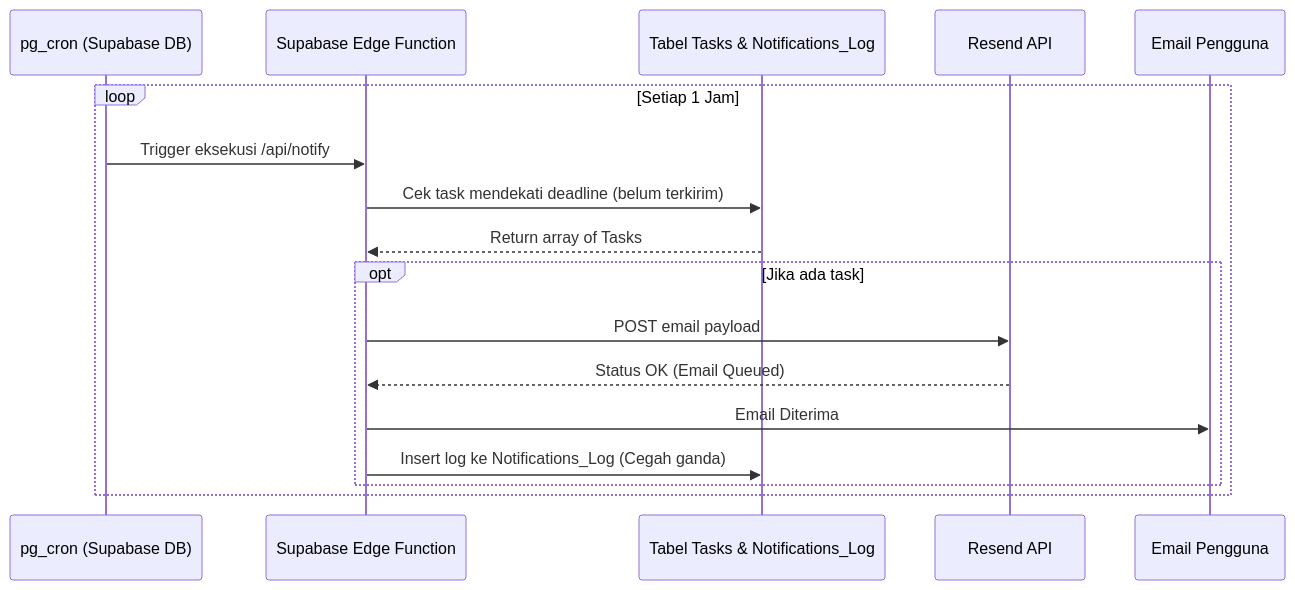
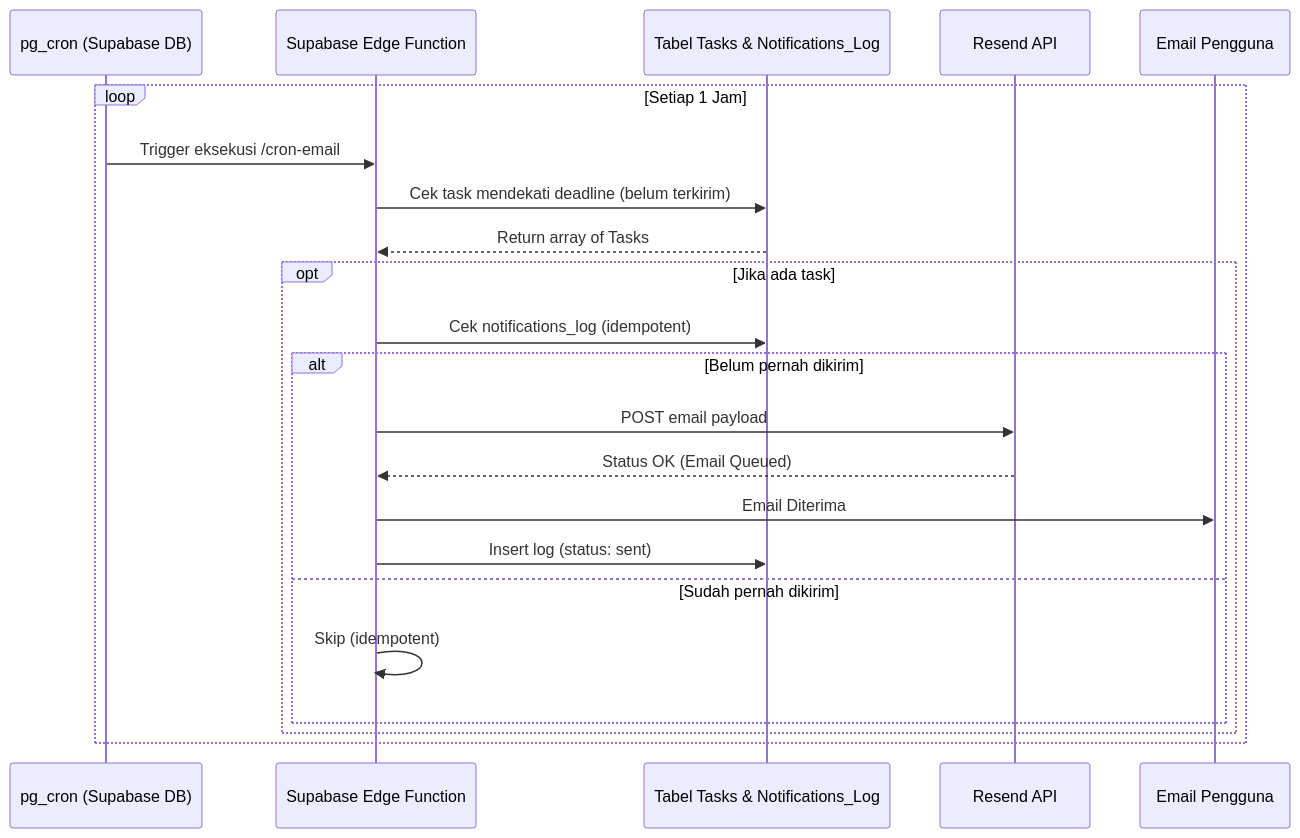
The fourth of 5 diagrams in Project_Documentation/Architecture.md (Iqbalpurnama-ux/Sistem-Manajemen-Tugas), drawn with Mermaid before and after one commit. The commit also changed other lines of this file and 43 other files, not shown here.

````diff
--- a/Project_Documentation/Architecture.md
+++ b/Project_Documentation/Architecture.md
@@ -59,20 +162,25 @@
 ```mermaid
 sequenceDiagram
     participant DB as pg_cron (Supabase DB)
     participant Edge as Supabase Edge Function
     participant DBTable as Tabel Tasks & Notifications_Log
     participant Resend as Resend API
     participant User as Email Pengguna
 
     loop Setiap 1 Jam
-        DB->>Edge: Trigger eksekusi /api/notify
+        DB->>Edge: Trigger eksekusi /cron-email
         Edge->>DBTable: Cek task mendekati deadline (belum terkirim)
         DBTable-->>Edge: Return array of Tasks
         opt Jika ada task
-            Edge->>Resend: POST email payload
-            Resend-->>Edge: Status OK (Email Queued)
-            Edge->>User: Email Diterima
-            Edge->>DBTable: Insert log ke Notifications_Log (Cegah ganda)
+            Edge->>DBTable: Cek notifications_log (idempotent)
+            alt Belum pernah dikirim
+                Edge->>Resend: POST email payload
+                Resend-->>Edge: Status OK (Email Queued)
+                Edge->>User: Email Diterima
+                Edge->>DBTable: Insert log (status: sent)
+            else Sudah pernah dikirim
+                Edge->>Edge: Skip (idempotent)
+            end
         end
     end
 ```
````
